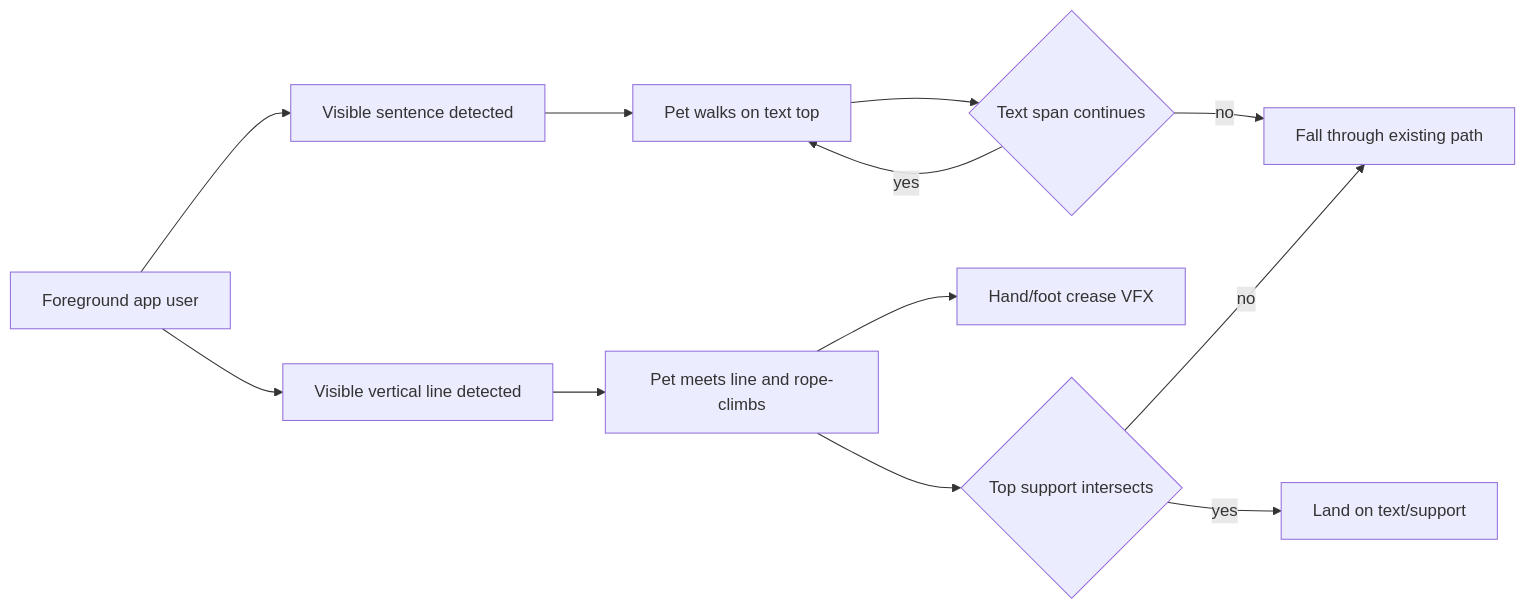
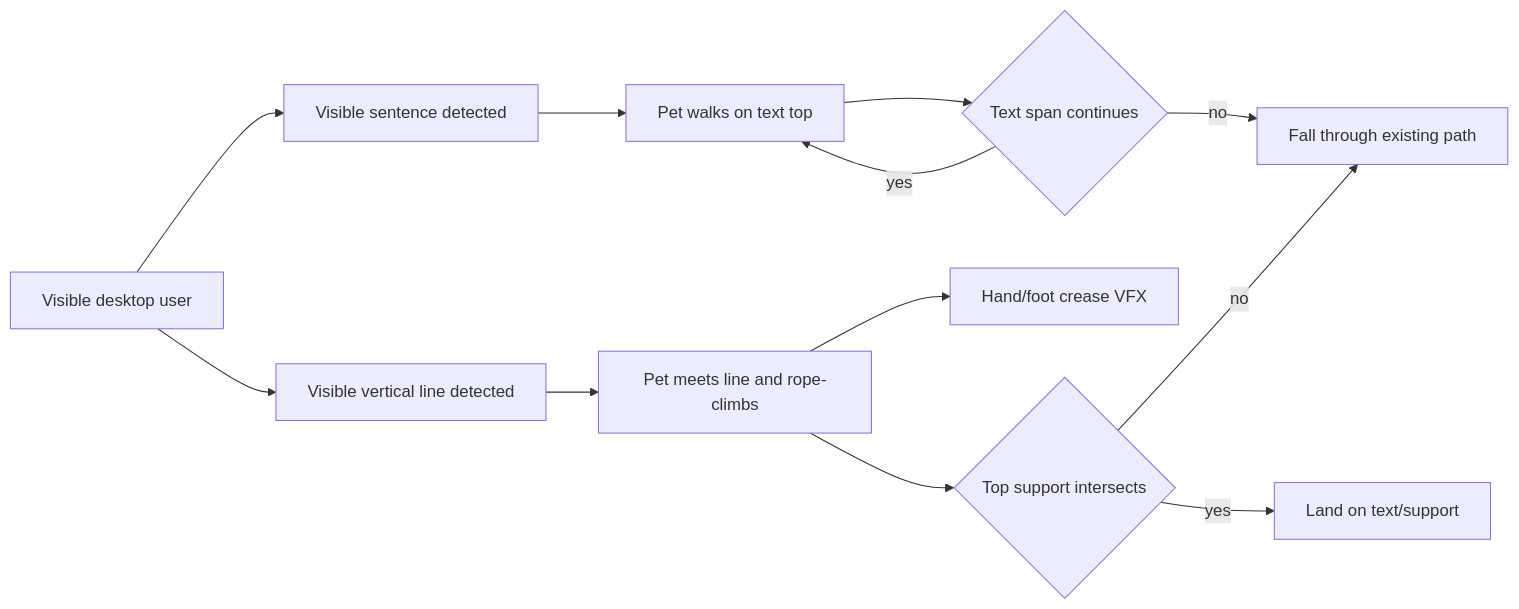
One commit to JJHbrams/win-overlay changed the first of 3 diagrams in docs/design/0010-visual-text-surfaces.md. Above: the diagram before and after it, drawn with Mermaid. The commit also changed other lines of this file and 22 other files, not shown here.

````diff
--- a/docs/design/0010-visual-text-surfaces.md
+++ b/docs/design/0010-visual-text-surfaces.md
@@ -63,14 +70,14 @@
 ```mermaid
 flowchart LR
-  U["Foreground app user"] --> T["Visible sentence detected"]
+  U["Visible desktop user"] --> T["Visible sentence detected"]
   T --> W["Pet walks on text top"]
   W --> E{"Text span continues"}
   E -->|yes| W
   E -->|no| F["Fall through existing path"]
   U --> V["Visible vertical line detected"]
   V --> R["Pet meets line and rope-climbs"]
   R --> C["Hand/foot crease VFX"]
   R --> H{"Top support intersects"}
   H -->|yes| L["Land on text/support"]
   H -->|no| F
 ```
````
